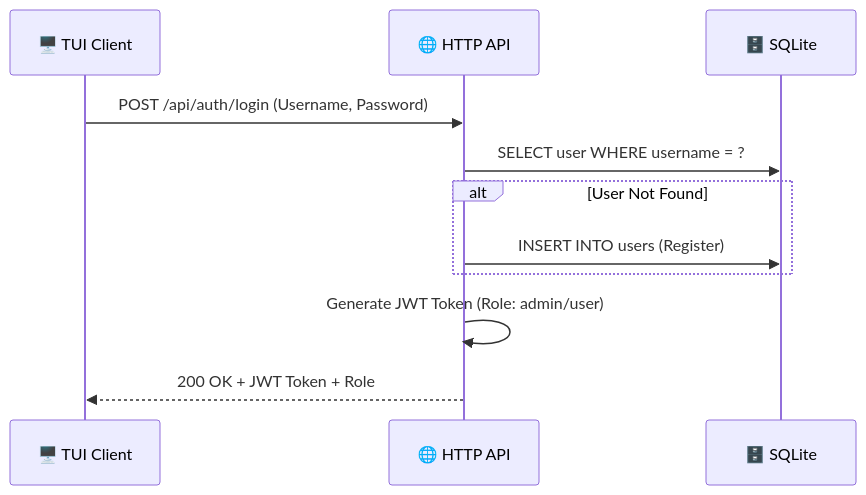
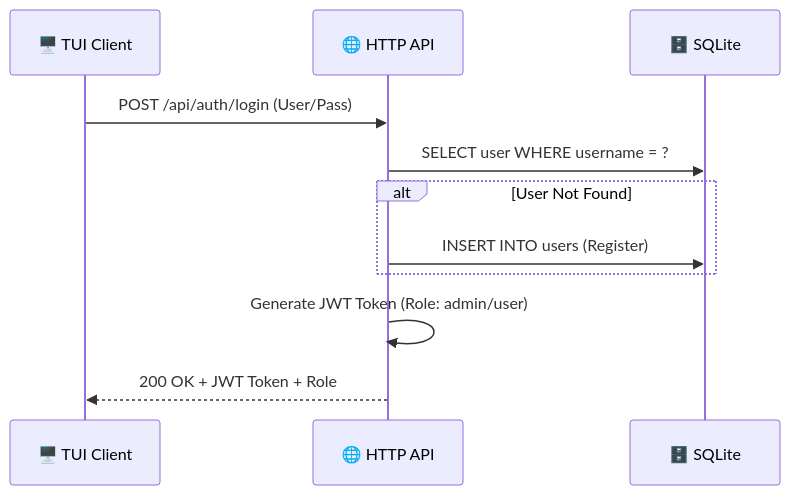
The first of 4 diagrams in API_CONTRACT.md (panadolextra91/ncp-mangahub), drawn with Mermaid before and after one commit. The commit also changed other lines of this file and 2 other files, not shown here.

Commit message:
update API

````diff
--- a/API_CONTRACT.md
+++ b/API_CONTRACT.md
@@ -11,14 +21,14 @@
 ```mermaid
 sequenceDiagram
     participant TUI as 🖥️ TUI Client
     participant API as 🌐 HTTP API
     participant DB as 🗄️ SQLite
 
-    TUI->>API: POST /api/auth/login (Username, Password)
+    TUI->>API: POST /api/auth/login (User/Pass)
     API->>DB: SELECT user WHERE username = ?
     alt User Not Found
         API->>DB: INSERT INTO users (Register)
     end
     API->>API: Generate JWT Token (Role: admin/user)
     API-->>TUI: 200 OK + JWT Token + Role
 ```
````
